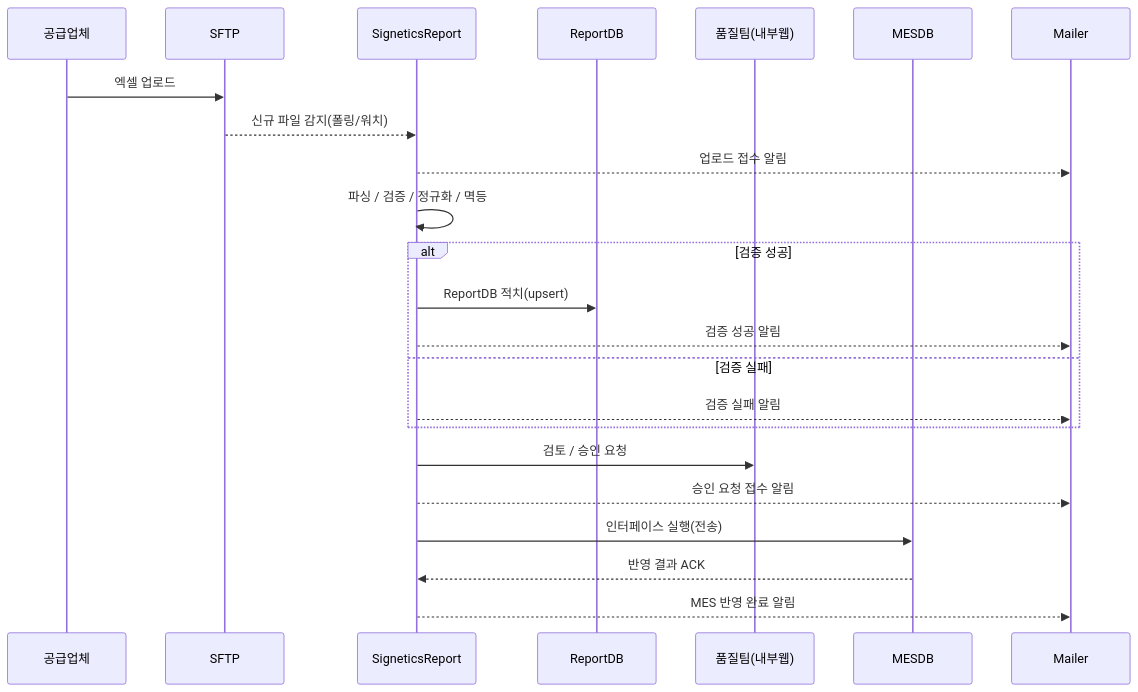
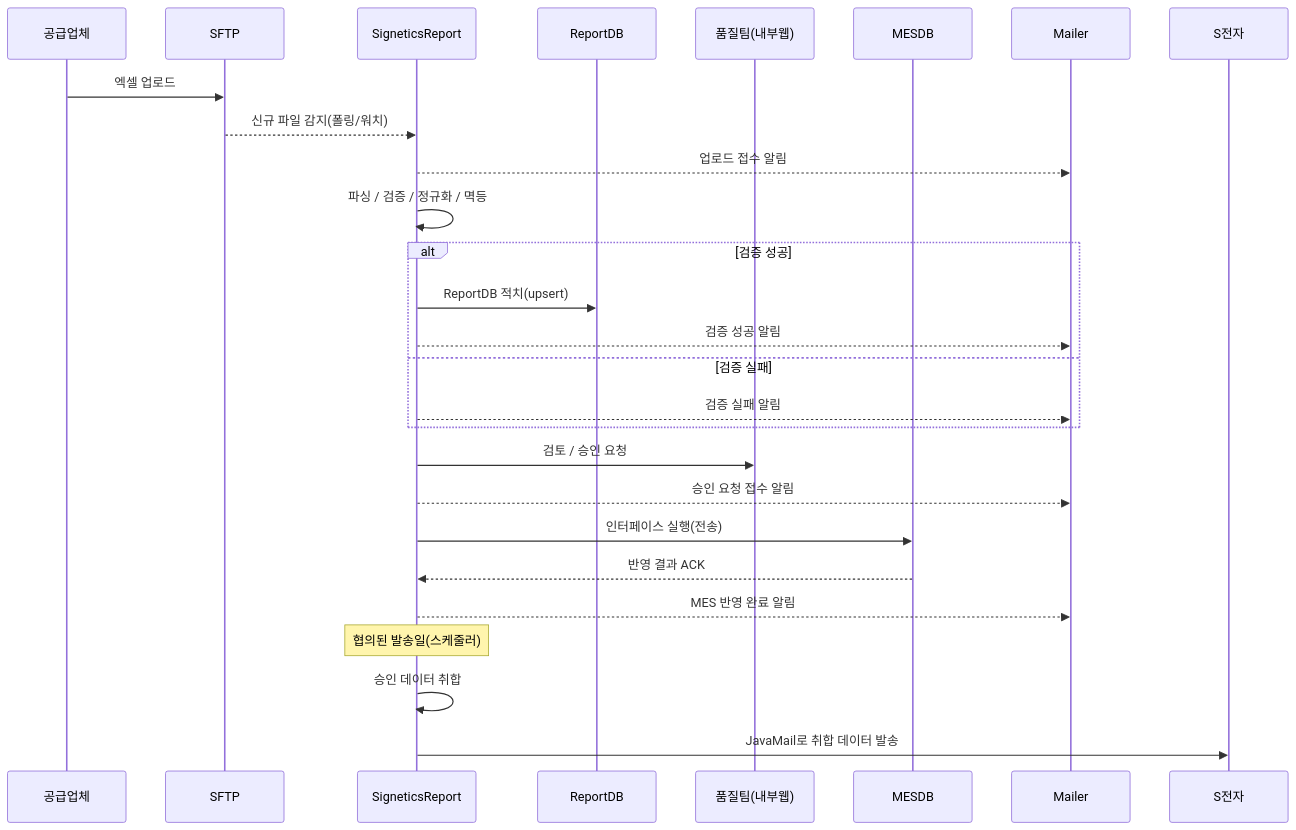
Before and after one commit to scourge1100/neverland: the fourth of 4 diagrams in content/projects/coa-system.md, drawn with Mermaid. The commit also changed other lines of this file, not shown here.

Commit message:
CoA 문서 보강: S전자 명시, 데이터 조작 방지 배경, 정기 발송 플로우 추가

````diff
--- a/content/projects/coa-system.md
+++ b/content/projects/coa-system.md
@@ -116,28 +124,33 @@
 ```mermaid
 sequenceDiagram
     participant S as 공급업체
     participant F as SFTP
     participant A as SigneticsReport
     participant R as ReportDB
     participant Q as 품질팀(내부웹)
     participant M as MESDB
     participant E as Mailer
+    participant SE as S전자
 
     S->>F: 엑셀 업로드
     F-->>A: 신규 파일 감지(폴링/워치)
     A-->>E: 업로드 접수 알림
     A->>A: 파싱 / 검증 / 정규화 / 멱등
 
     alt 검증 성공
         A->>R: ReportDB 적치(upsert)
         A-->>E: 검증 성공 알림
     else 검증 실패
         A-->>E: 검증 실패 알림
     end
 
     A->>Q: 검토 / 승인 요청
     A-->>E: 승인 요청 접수 알림
     A->>M: 인터페이스 실행(전송)
     M-->>A: 반영 결과 ACK
     A-->>E: MES 반영 완료 알림
+
+    Note over A: 협의된 발송일(스케줄러)
+    A->>A: 승인 데이터 취합
+    A->>SE: JavaMail로 취합 데이터 발송
 ```
````
